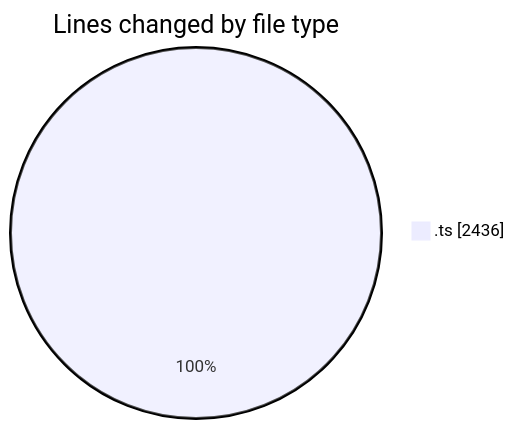
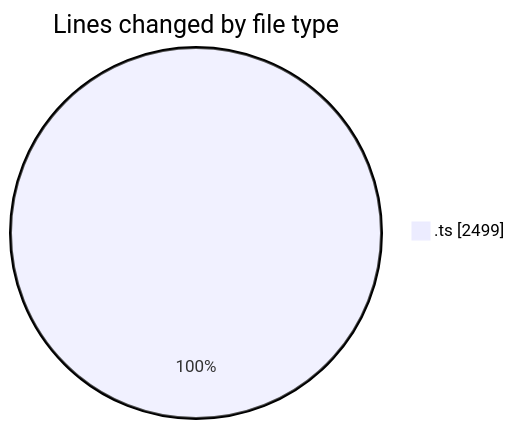
The first of 2 diagrams in 2025-08-07/cda/README.md (momahboobian/code-tracking), drawn with Mermaid before and after one commit. The commit also changed other lines of this file and 1 other file, not shown here.

````diff
--- a/2025-08-07/cda/README.md
+++ b/2025-08-07/cda/README.md
@@ -23,5 +23,5 @@
 ```mermaid
 pie showData
 title Lines changed by file type
-".ts" : 2436
+".ts" : 2499
 ```
````
